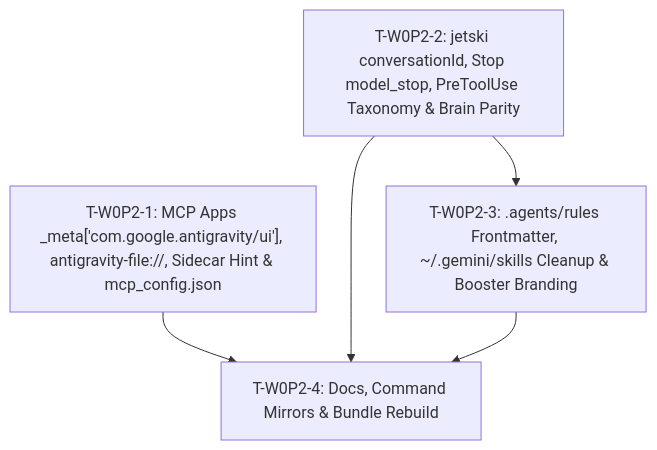
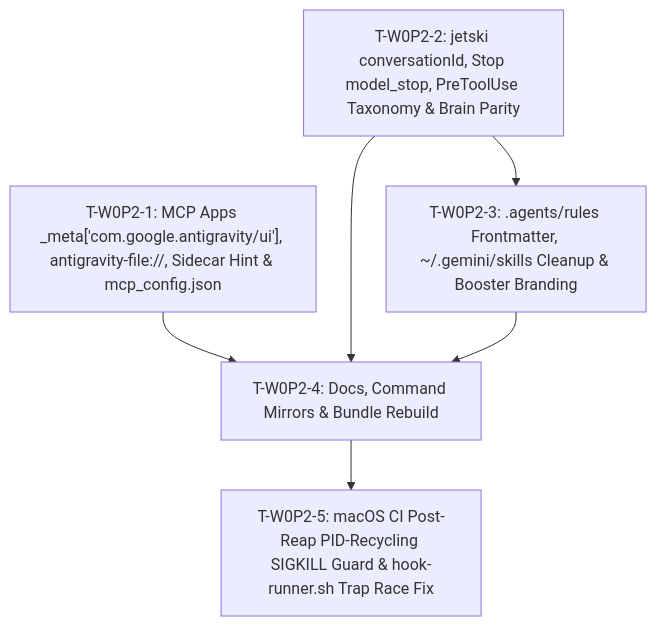
The diagram in specs/wave0-pr2-mcp-apps-hooks-and-jetski-spec.md (voodootikigod/antigravity-booster), drawn with Mermaid before and after one commit. The commit also changed other lines of this file and 11 other files, not shown here.

Commit message:
fix(ci): prevent post-reap PID-recycling SIGKILLs on macOS and hook-runner trap race

````diff
--- a/specs/wave0-pr2-mcp-apps-hooks-and-jetski-spec.md
+++ b/specs/wave0-pr2-mcp-apps-hooks-and-jetski-spec.md
@@ -33,7 +33,8 @@
 ```mermaid
 flowchart TD
   T-W0P2-1["T-W0P2-1: MCP Apps _meta['com.google.antigravity/ui'], antigravity-file://, Sidecar Hint & mcp_config.json"] --> T-W0P2-4["T-W0P2-4: Docs, Command Mirrors & Bundle Rebuild"]
   T-W0P2-2["T-W0P2-2: jetski conversationId, Stop model_stop, PreToolUse Taxonomy & Brain Parity"] --> T-W0P2-3["T-W0P2-3: .agents/rules Frontmatter, ~/.gemini/skills Cleanup & Booster Branding"]
   T-W0P2-2 --> T-W0P2-4
   T-W0P2-3 --> T-W0P2-4
+  T-W0P2-4 --> T-W0P2-5["T-W0P2-5: macOS CI Post-Reap PID-Recycling SIGKILL Guard & hook-runner.sh Trap Race Fix"]
 ```
````
